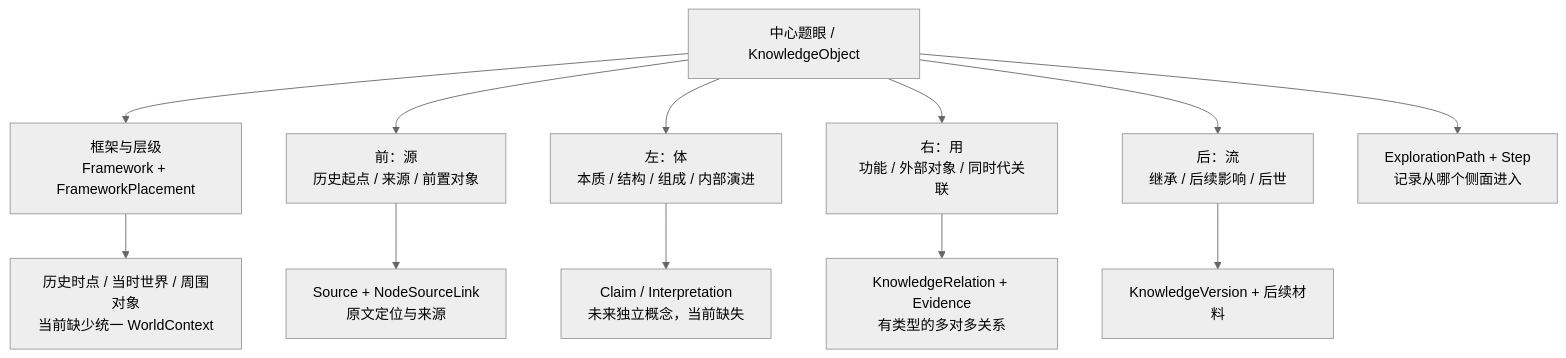
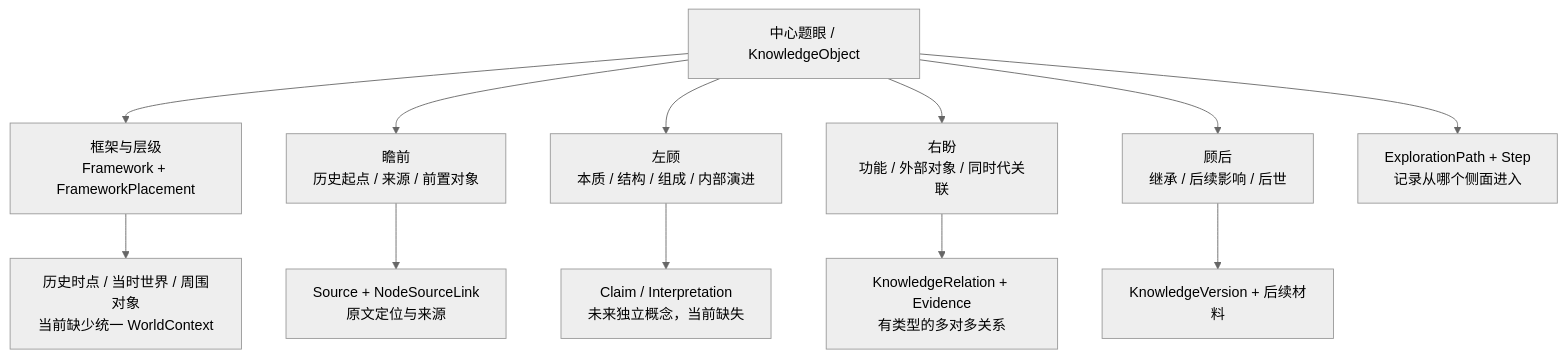
Before and after one commit to yijianvision-lgtm/yijian: the second of 3 diagrams in docs/MIND-V3.3-ENTITY-RELATIONSHIP-AND-STATE-SPEC.md, drawn with Mermaid (neutral theme). The commit also changed other lines of this file, not shown here.

````diff
--- a/docs/MIND-V3.3-ENTITY-RELATIONSHIP-AND-STATE-SPEC.md
+++ b/docs/MIND-V3.3-ENTITY-RELATIONSHIP-AND-STATE-SPEC.md
@@ -123,15 +123,15 @@
 ```mermaid
 flowchart TB
   K["中心题眼 / KnowledgeObject"]
   K --> FP["框架与层级<br/>Framework + FrameworkPlacement"]
-  K --> FRONT["前：源<br/>历史起点 / 来源 / 前置对象"]
-  K --> LEFT["左：体<br/>本质 / 结构 / 组成 / 内部演进"]
-  K --> RIGHT["右：用<br/>功能 / 外部对象 / 同时代关联"]
-  K --> BACK["后：流<br/>继承 / 后续影响 / 后世"]
+  K --> FRONT["瞻前<br/>历史起点 / 来源 / 前置对象"]
+  K --> LEFT["左顾<br/>本质 / 结构 / 组成 / 内部演进"]
+  K --> RIGHT["右盼<br/>功能 / 外部对象 / 同时代关联"]
+  K --> BACK["顾后<br/>继承 / 后续影响 / 后世"]
   FRONT --> SRC["Source + NodeSourceLink<br/>原文定位与来源"]
   LEFT --> CLAIM["Claim / Interpretation<br/>未来独立概念，当前缺失"]
   RIGHT --> REL["KnowledgeRelation + Evidence<br/>有类型的多对多关系"]
   BACK --> VER["KnowledgeVersion + 后续材料"]
   K --> PATH["ExplorationPath + Step<br/>记录从哪个侧面进入"]
   FP --> CTX["历史时点 / 当时世界 / 周围对象<br/>当前缺少统一 WorldContext"]
 ```
````
